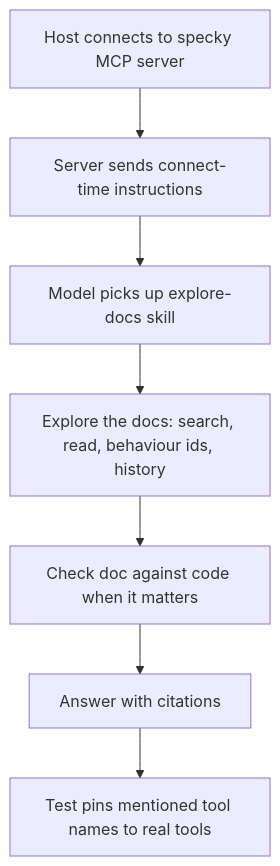
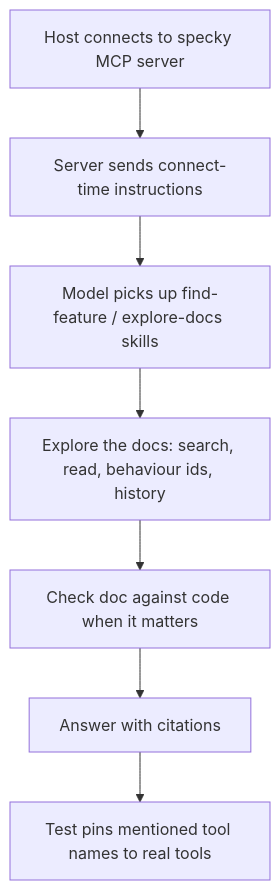
Before and after one commit to danyyacoub/specky: the diagram in specs/chat/mcp-host-guidance.md, drawn with Mermaid. The commit also changed other lines of this file and 18 other files, not shown here.

First line of the commit message:
feat: add find-feature skill and a [skills] model setting

````diff
--- a/specs/chat/mcp-host-guidance.md
+++ b/specs/chat/mcp-host-guidance.md
@@ -20,9 +20,9 @@
 ```mermaid
 flowchart TD
     A[Host connects to specky MCP server] --> B[Server sends connect-time instructions]
-    B --> C[Model picks up explore-docs skill]
+    B --> C[Model picks up find-feature / explore-docs skills]
     C --> D[Explore the docs: search, read, behaviour ids, history]
     D --> E[Check doc against code when it matters]
     E --> F[Answer with citations]
     F --> G[Test pins mentioned tool names to real tools]
 ```
````
